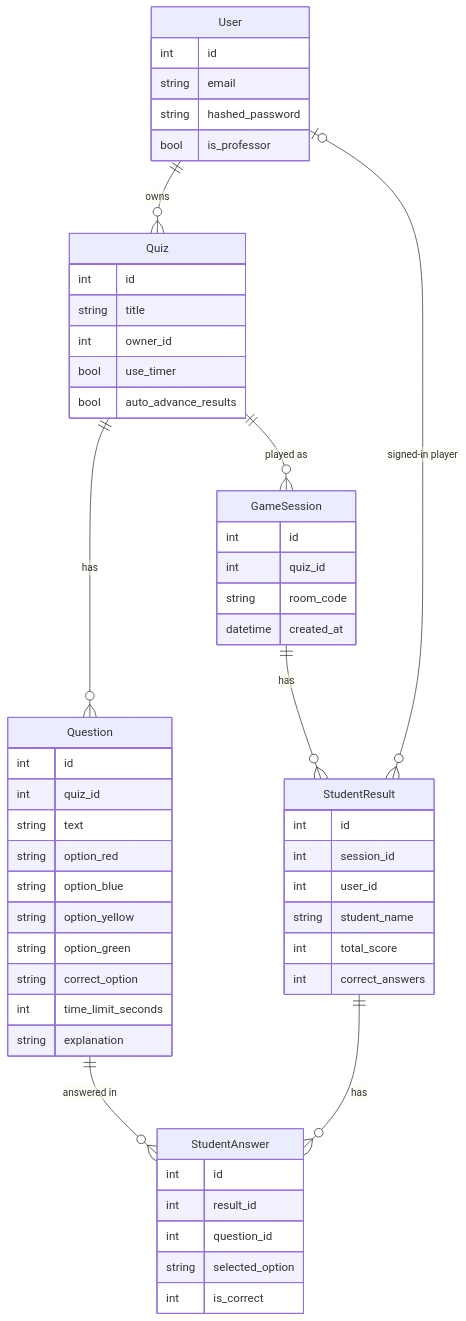
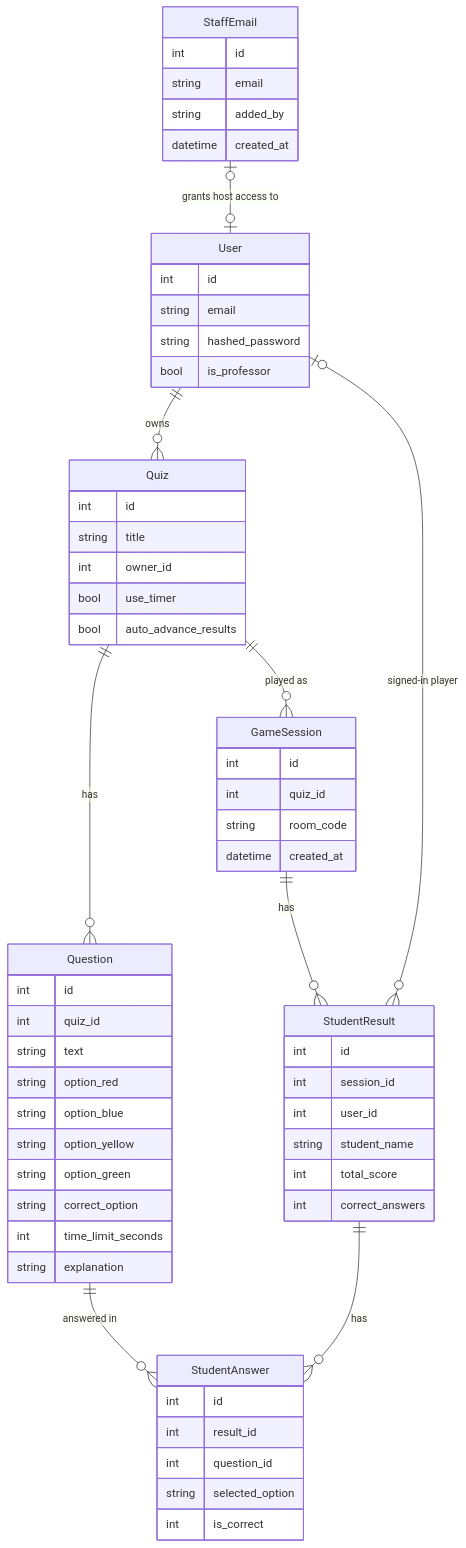
Before and after one commit to amberkar-harsh-02/Quiz-app: the third of 3 diagrams in docs/HOW-IT-WORKS.md, drawn with Mermaid. The commit also changed other lines of this file and 20 other files, not shown here.

Commit message:
feat: staff page for admins to manage professor/TA access; confirm password and 8-character minimum on sign-up

````diff
--- a/docs/HOW-IT-WORKS.md
+++ b/docs/HOW-IT-WORKS.md
@@ -242,57 +250,64 @@
 ```mermaid
 erDiagram
     User ||--o{ Quiz : owns
+    StaffEmail |o--o| User : "grants host access to"
     Quiz ||--o{ Question : has
     Quiz ||--o{ GameSession : "played as"
     GameSession ||--o{ StudentResult : has
     User |o--o{ StudentResult : "signed-in player"
     StudentResult ||--o{ StudentAnswer : has
     Question ||--o{ StudentAnswer : "answered in"
 
+    StaffEmail {
+        int id
+        string email
+        string added_by
+        datetime created_at
+    }
     User {
         int id
         string email
         string hashed_password
         bool is_professor
     }
     Quiz {
         int id
         string title
         int owner_id
         bool use_timer
         bool auto_advance_results
     }
     Question {
         int id
         int quiz_id
         string text
         string option_red
         string option_blue
         string option_yellow
         string option_green
         string correct_option
         int time_limit_seconds
         string explanation
     }
     GameSession {
         int id
         int quiz_id
         string room_code
         datetime created_at
     }
     StudentResult {
         int id
         int session_id
         int user_id
         string student_name
         int total_score
         int correct_answers
     }
     StudentAnswer {
         int id
         int result_id
         int question_id
         string selected_option
         int is_correct
     }
 ```
````
